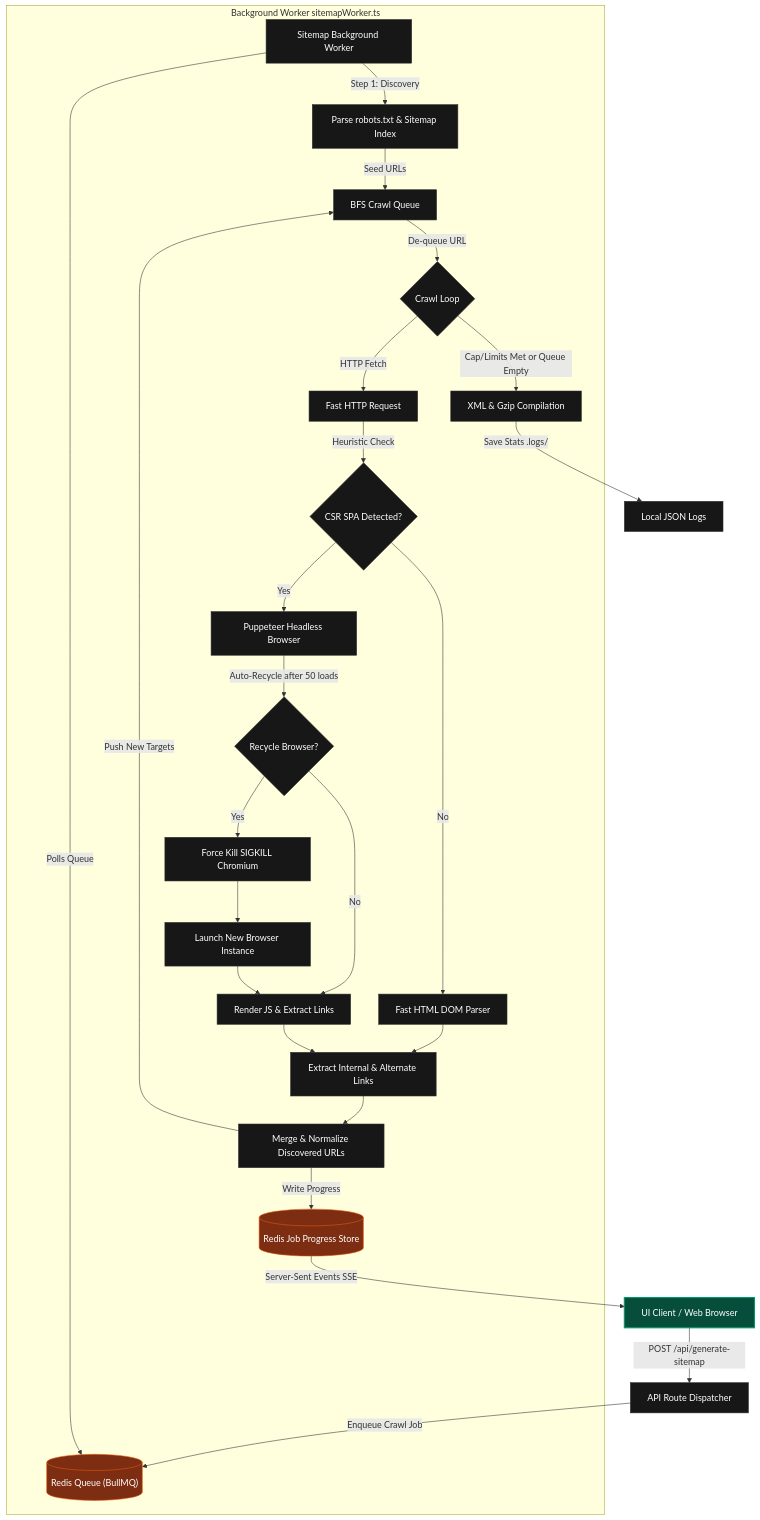
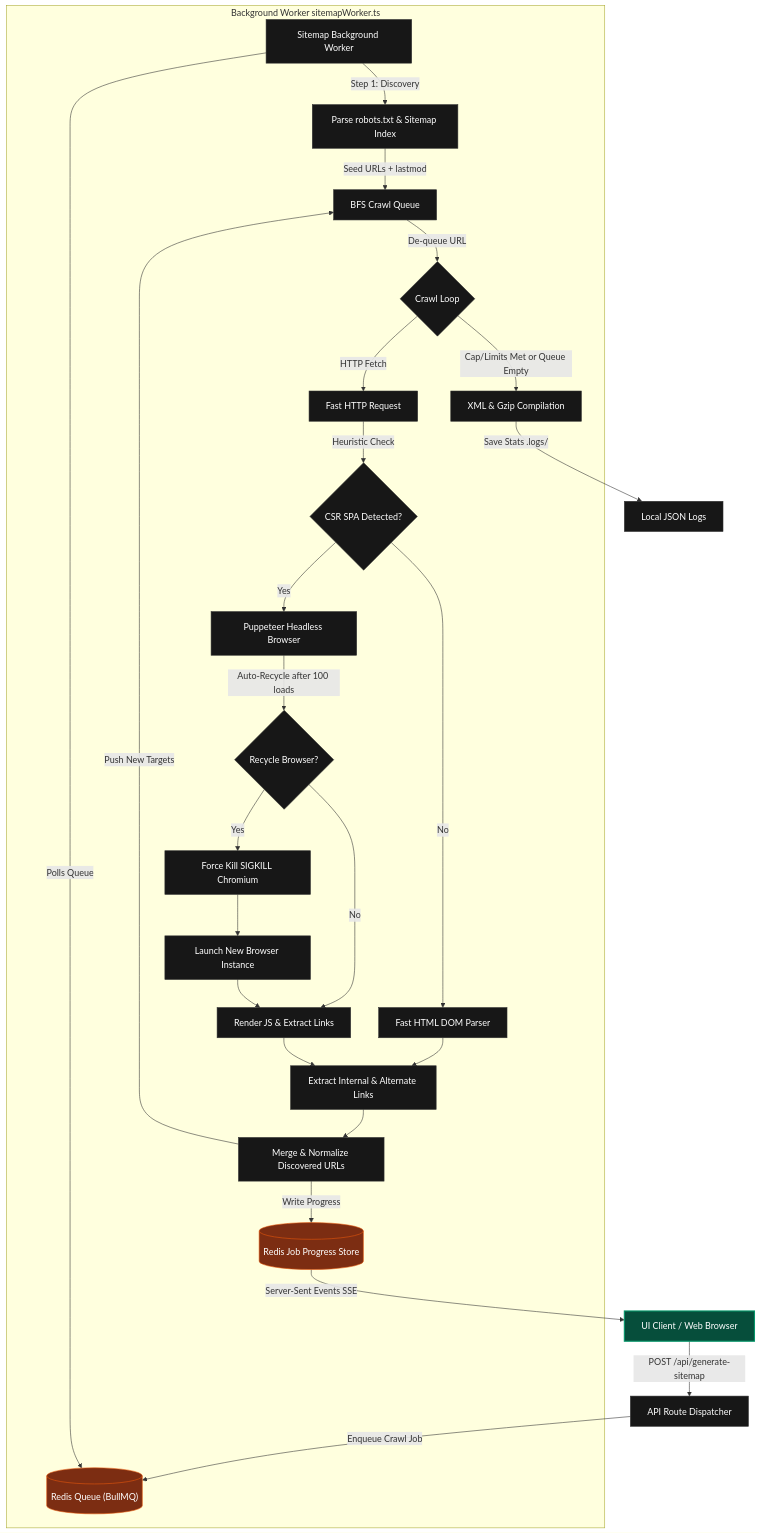
One commit to atharvdange618/xml-sitemap-generator changed the diagram in README.md. Above: the diagram before and after it, drawn with Mermaid. The commit also changed other lines of this file, not shown here.

````diff
--- a/README.md
+++ b/README.md
@@ -114,40 +121,40 @@
 ```mermaid
 graph TD
     classDef default fill:#171717,stroke:#333,stroke-width:1px,color:#fff;
     classDef highlight fill:#064e3b,stroke:#059669,stroke-width:2px,color:#fff;
     classDef accent fill:#7c2d12,stroke:#ea580c,stroke-width:1px,color:#fff;
 
     UI[UI Client / Web Browser]:::highlight -->|POST /api/generate-sitemap| API[API Route Dispatcher]
     API -->|Enqueue Crawl Job| RedisQueue[("Redis Queue (BullMQ)")]:::accent
 
     subgraph WorkerContainer [Background Worker sitemapWorker.ts]
         Worker[Sitemap Background Worker] -->|Polls Queue| RedisQueue
         Worker -->|Step 1: Discovery| Discovery[Parse robots.txt & Sitemap Index]
-        Discovery -->|Seed URLs| BFSQueue[BFS Crawl Queue]
+        Discovery -->|Seed URLs + lastmod| BFSQueue[BFS Crawl Queue]
         BFSQueue -->|De-queue URL| CrawlLoop{Crawl Loop}
 
         CrawlLoop -->|HTTP Fetch| FetchPhase[Fast HTTP Request]
         FetchPhase -->|Heuristic Check| CSRHeuristics{CSR SPA Detected?}
 
         CSRHeuristics -->|No| CheerioParser[Fast HTML DOM Parser]
         CSRHeuristics -->|Yes| PuppeteerBrowser[Puppeteer Headless Browser]
 
-        PuppeteerBrowser -->|Auto-Recycle after 50 loads| RecycleCheck{Recycle Browser?}
+        PuppeteerBrowser -->|Auto-Recycle after 100 loads| RecycleCheck{Recycle Browser?}
         RecycleCheck -->|Yes| Sigkill[Force Kill SIGKILL Chromium]
         RecycleCheck -->|No| RenderPage[Render JS & Extract Links]
         Sigkill --> LaunchNew[Launch New Browser Instance]
         LaunchNew --> RenderPage
 
         CheerioParser --> ExtractLinks[Extract Internal & Alternate Links]
         RenderPage --> ExtractLinks
 
         ExtractLinks --> CacheAndMerge[Merge & Normalize Discovered URLs]
         CacheAndMerge -->|Push New Targets| BFSQueue
         CacheAndMerge -->|Write Progress| RedisProgress[("Redis Job Progress Store")]:::accent
 
         CrawlLoop -->|Cap/Limits Met or Queue Empty| Compilation[XML & Gzip Compilation]
     end
 
     RedisProgress -->|Server-Sent Events SSE| UI
     Compilation -->|Save Stats .logs/| LocalLogs[Local JSON Logs]
 ```
````
